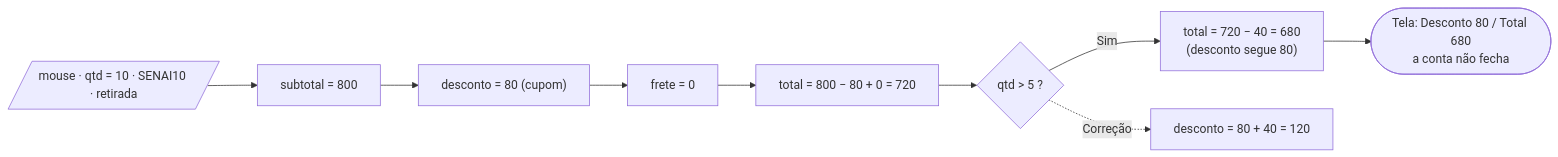
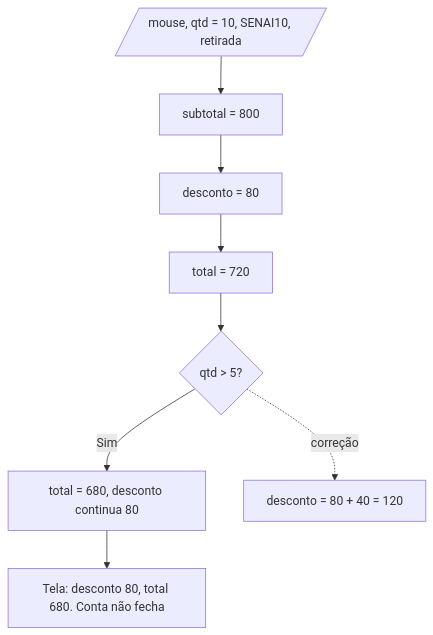
One commit to italomtlindo/caixa_branca changed the fifth of 7 diagrams in README.md. Above: the diagram before and after it, drawn with Mermaid. The commit also changed other lines of this file, not shown here.

````diff
--- a/README.md
+++ b/README.md
@@ -425,11 +389,10 @@
 ```mermaid
-flowchart LR
-    A[/mouse · qtd = 10 · SENAI10 · retirada/] --> B["subtotal = 800"]
-    B --> C["desconto = 80 (cupom)"]
-    C --> D["frete = 0"]
-    D --> E["total = 800 − 80 + 0 = 720"]
-    E --> F{"qtd > 5 ?"}
-    F -- Sim --> G["total = 720 − 40 = 680<br/>(desconto segue 80)"]
-    G --> H(["Tela: Desconto 80 / Total 680<br/>a conta não fecha"])
-    F -. "Correção" .-> I["desconto = 80 + 40 = 120"]
+flowchart TD
+    A[/mouse, qtd = 10, SENAI10, retirada/] --> B[subtotal = 800]
+    B --> C[desconto = 80]
+    C --> D[total = 720]
+    D --> E{qtd > 5?}
+    E -- Sim --> F[total = 680, desconto continua 80]
+    F --> G[Tela: desconto 80, total 680. Conta não fecha]
+    E -. correção .-> H[desconto = 80 + 40 = 120]
 ```
````
